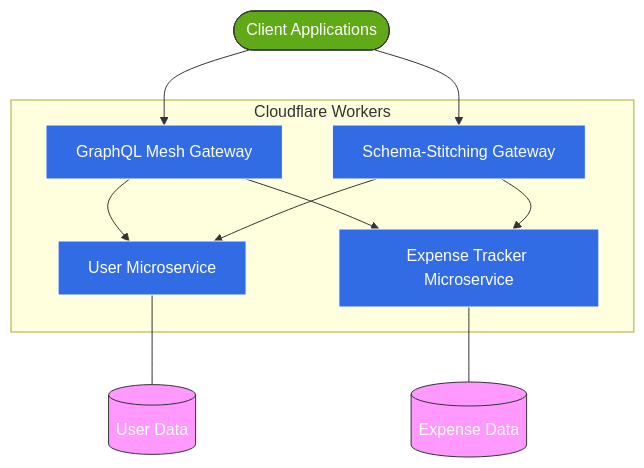
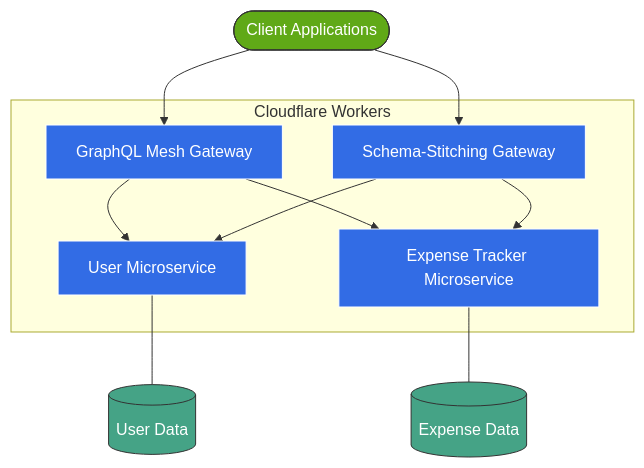
One commit to vinodhj/graphql-gateway-microservices changed the first of 3 diagrams in docs/tdd/hld.md. Above: the diagram before and after it, drawn with Mermaid.

Commit message:
diagram color fix v1

````diff
--- a/docs/tdd/hld.md
+++ b/docs/tdd/hld.md
@@ -19,27 +19,27 @@
 ```mermaid
 flowchart TD
     Client([Client Applications]) --> MeshGateway
     Client --> StitchingGateway
     MeshGateway[GraphQL Mesh Gateway] --> UserService[User Microservice]
     MeshGateway --> ExpenseService[Expense Tracker Microservice]
     StitchingGateway[Schema-Stitching Gateway] --> UserService
     StitchingGateway --> ExpenseService
 
     subgraph "Cloudflare Workers"
     MeshGateway
     StitchingGateway
     UserService
     ExpenseService
     end
 
     UserService --- UserDB[(User Data)]
     ExpenseService --- ExpenseDB[(Expense Data)]
 
     classDef service fill:#326ce5,stroke:#fff,stroke-width:1px,color:#fff
-    classDef db fill:#f9f,stroke:#333,stroke-width:1px,color:#fff
+    classDef db fill:#45a386,stroke:#333,stroke-width:1px,color:#fff
     classDef client fill:#60a917,stroke:#333,stroke-width:1px,color:#fff
 
     class MeshGateway,StitchingGateway,UserService,ExpenseService service
     class UserDB,ExpenseDB db
     class Client client
 ```
````
